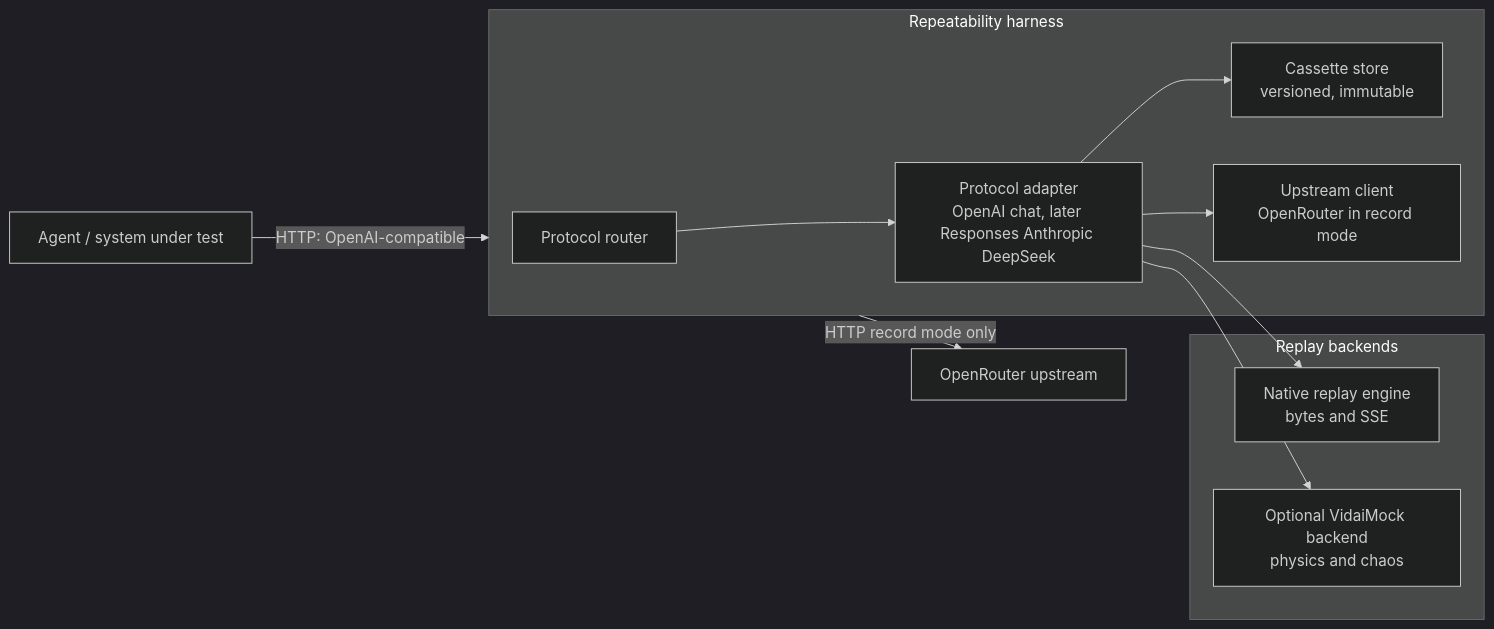
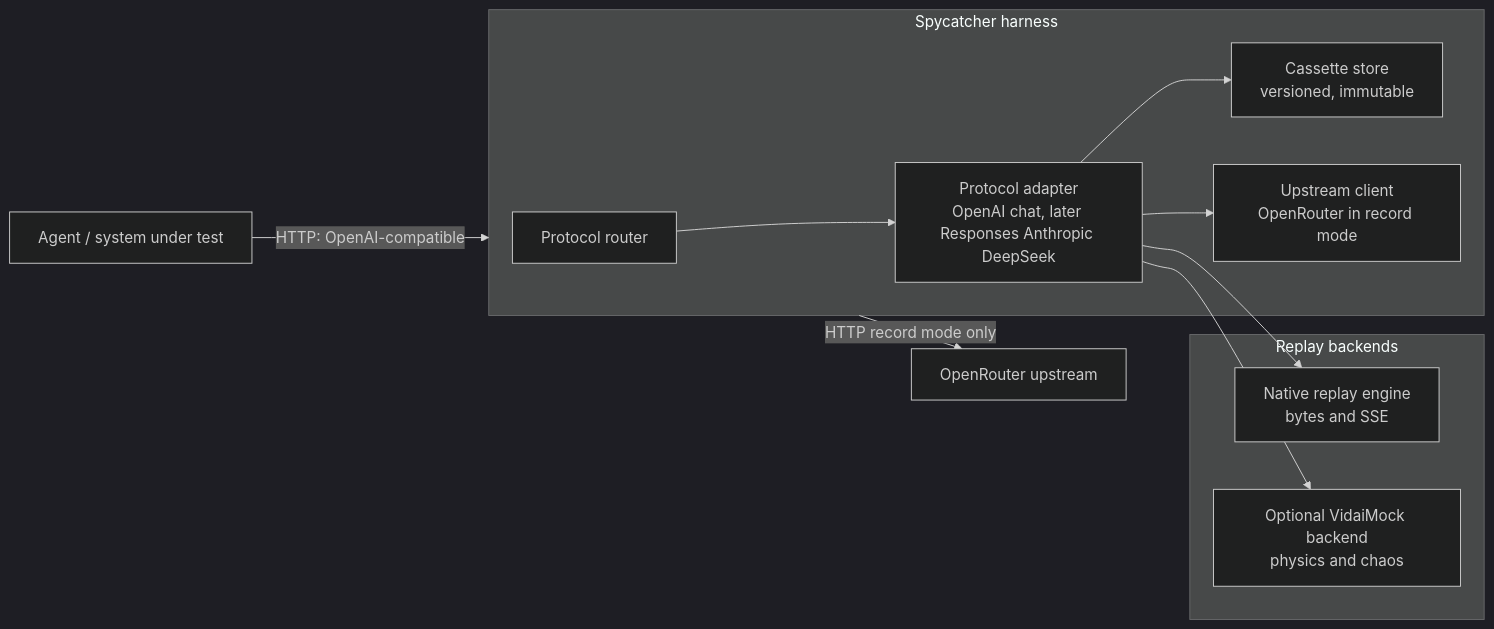
The diagram in docs/spycatcher-harness-design.md (leynos/spycatcher-harness), drawn with Mermaid (dark theme) before and after one commit. The commit also changed other lines of this file and 1 other file, not shown here.

First line of the commit message:
Align roadmap and design naming and references

````diff
--- a/docs/spycatcher-harness-design.md
+++ b/docs/spycatcher-harness-design.md
@@ -90,24 +91,24 @@
 ```mermaid
 flowchart LR
   Agent[Agent / system under test] -->|HTTP: OpenAI-compatible| Harness
 
-  subgraph Harness[Repeatability harness]
+  subgraph Harness[Spycatcher harness]
     Router[Protocol router]
     Adapter["Protocol adapter<br/>OpenAI chat, later Responses Anthropic DeepSeek"]
     Store["Cassette store<br/>versioned, immutable"]
     Upstream["Upstream client<br/>OpenRouter in record mode"]
     Router --> Adapter
     Adapter --> Store
     Adapter --> Upstream
   end
 
   Harness -->|HTTP record mode only| OpenRouter[OpenRouter upstream]
 
   subgraph ReplayBackends[Replay backends]
     Native["Native replay engine<br/>bytes and SSE"]
     VidaiMockBackend["Optional VidaiMock backend<br/>physics and chaos"]
   end
 
   Adapter --> Native
   Adapter --> VidaiMockBackend
 ```
````
